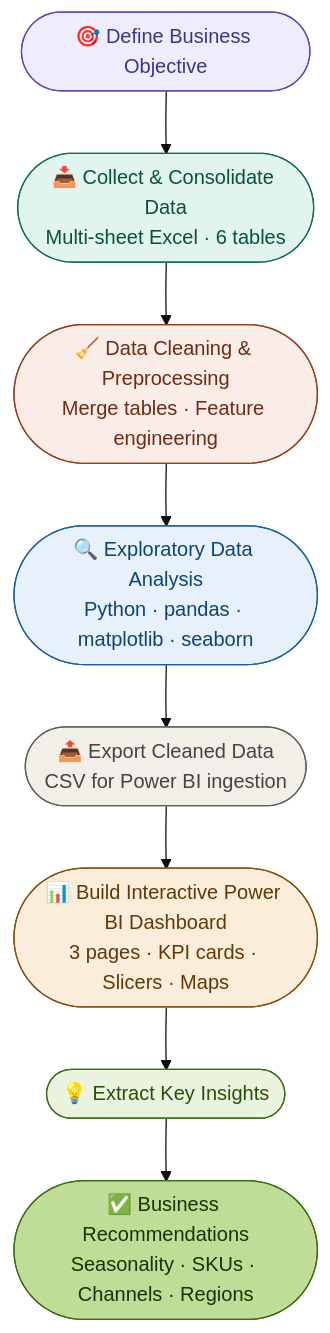
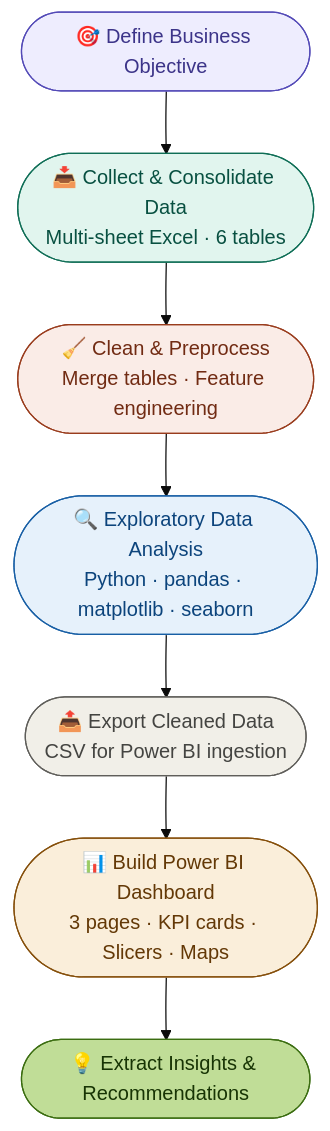
The first of 2 diagrams in README.md (Nihal108-bi/Regional-Sales-Analysis-Business-Intelligence-Dashboard-Python-Power-BI-), drawn with Mermaid (base theme) before and after one commit. The commit also changed other lines of this file and 14 other files, not shown here.

````diff
--- a/README.md
+++ b/README.md
@@ -72,20 +92,18 @@
 ```mermaid
 flowchart TD
     A([🎯 Define Business Objective]):::purple --> B
     B([📥 Collect & Consolidate Data\nMulti-sheet Excel · 6 tables]):::teal --> C
-    C([🧹 Data Cleaning & Preprocessing\nMerge tables · Feature engineering]):::coral --> D
+    C([🧹 Clean & Preprocess\nMerge tables · Feature engineering]):::coral --> D
     D([🔍 Exploratory Data Analysis\nPython · pandas · matplotlib · seaborn]):::blue --> E
     E([📤 Export Cleaned Data\nCSV for Power BI ingestion]):::gray --> F
-    F([📊 Build Interactive Power BI Dashboard\n3 pages · KPI cards · Slicers · Maps]):::amber --> G
-    G([💡 Extract Key Insights]):::green --> H
-    H([✅ Business Recommendations\nSeasonality · SKUs · Channels · Regions]):::green2
+    F([📊 Build Power BI Dashboard\n3 pages · KPI cards · Slicers · Maps]):::amber --> G
+    G([💡 Extract Insights & Recommendations]):::green
 
     classDef purple fill:#EEEDFE,stroke:#534AB7,color:#3C3489
     classDef teal   fill:#E1F5EE,stroke:#0F6E56,color:#085041
     classDef coral  fill:#FAECE7,stroke:#993C1D,color:#712B13
     classDef blue   fill:#E6F1FB,stroke:#185FA5,color:#0C447C
     classDef gray   fill:#F1EFE8,stroke:#5F5E5A,color:#444441
     classDef amber  fill:#FAEEDA,stroke:#854F0B,color:#633806
-    classDef green  fill:#EAF3DE,stroke:#3B6D11,color:#27500A
-    classDef green2 fill:#C0DD97,stroke:#3B6D11,color:#173404
+    classDef green  fill:#C0DD97,stroke:#3B6D11,color:#173404
 ```
````
